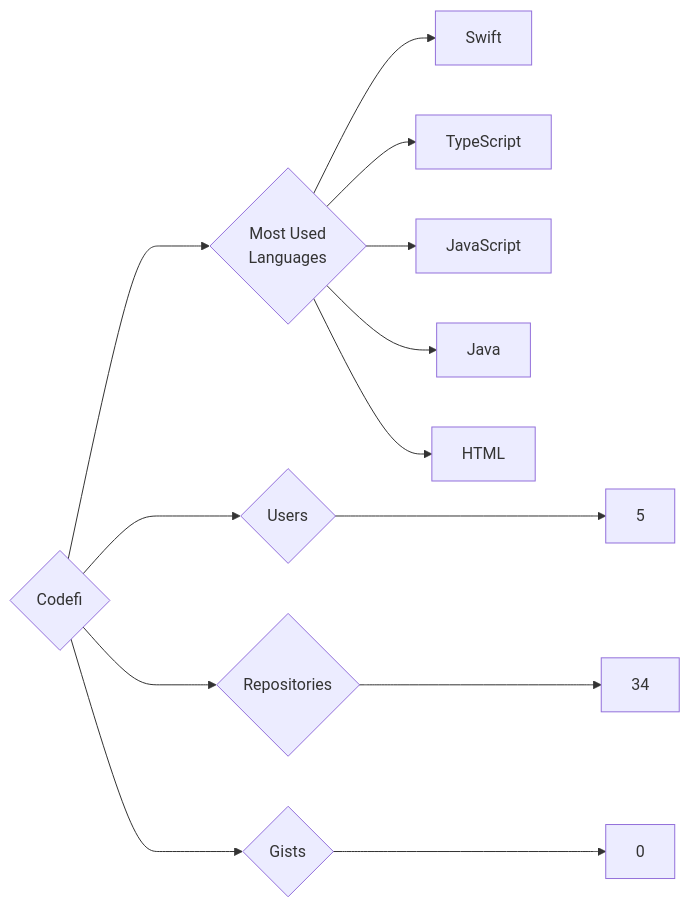
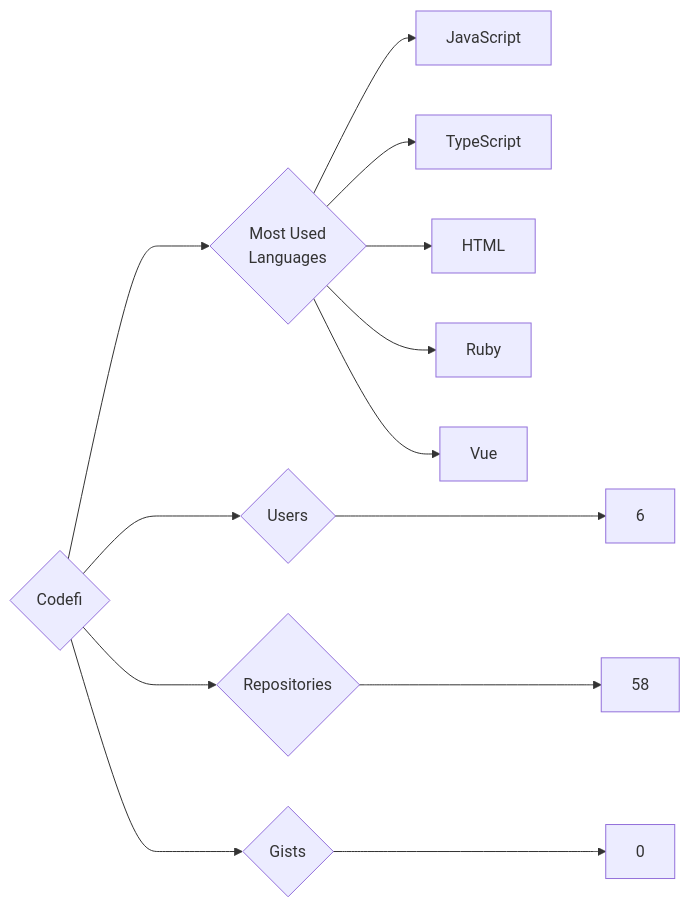
Before and after one commit to trickest/insiders: the diagram in targets/Codefi/README.md, drawn with Mermaid. The commit also changed 872 other files, not shown here.

````diff
--- a/targets/Codefi/README.md
+++ b/targets/Codefi/README.md
@@ -3,13 +3,13 @@
 ```mermaid
 graph LR
 COMPANY_NAME{Codefi}
-COMPANY_NAME ---> U{Users} ---> UN[5]
-COMPANY_NAME ---> R{Repositories} ---> RN[34]
+COMPANY_NAME ---> U{Users} ---> UN[6]
+COMPANY_NAME ---> R{Repositories} ---> RN[58]
 COMPANY_NAME ---> G{Gists} ---> GN[0]
 COMPANY_NAME ---> ML{Most Used<br>Languages}
-ML --> Swift[Swift]
+ML --> JavaScript[JavaScript]
 ML --> TypeScript[TypeScript]
-ML --> JavaScript[JavaScript]
-ML --> Java[Java]
 ML --> HTML[HTML]
+ML --> Ruby[Ruby]
+ML --> Vue[Vue]
 ```
````
